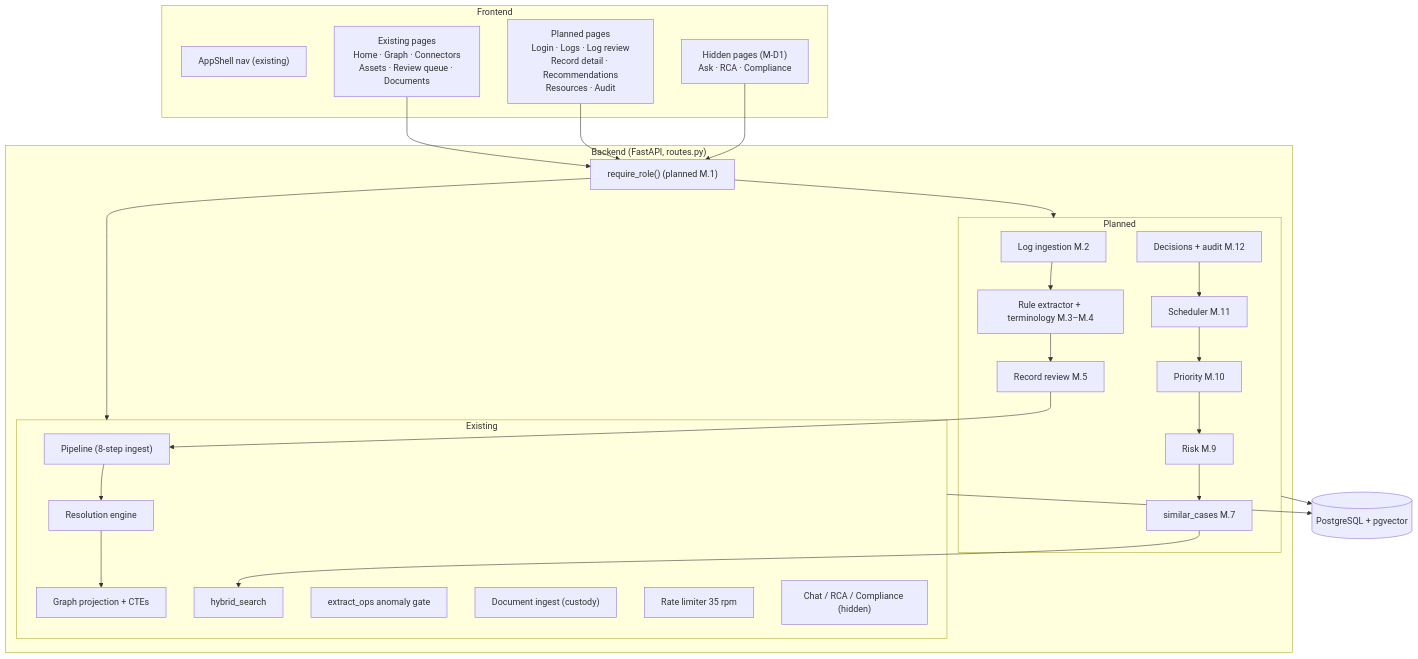
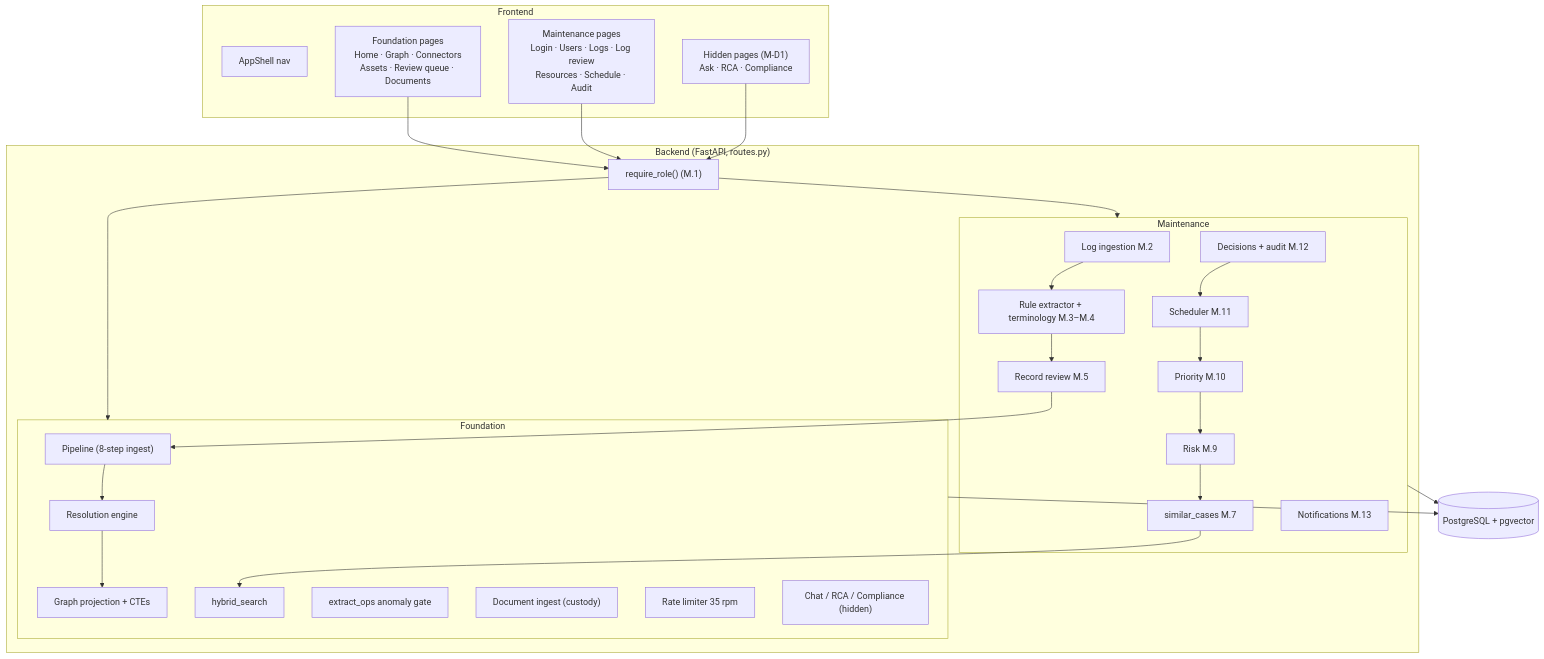
Before and after one commit to Kush-Saharan/atlogs: the second of 4 diagrams in docs/architecture.md, drawn with Mermaid. The commit also changed other lines of this file and 6 other files, not shown here.

Commit message:
test: end-to-end spec §6 P-104 flow; docs and README match the code (M.14)

````diff
--- a/docs/architecture.md
+++ b/docs/architecture.md
@@ -55,50 +55,51 @@
 ```mermaid
 flowchart TB
     subgraph FE ["Frontend"]
-        Shell["AppShell nav (existing)"]
-        PagesE["Existing pages<br/>Home · Graph · Connectors<br/>Assets · Review queue · Documents"]
-        PagesP["Planned pages<br/>Login · Logs · Log review<br/>Record detail · Recommendations<br/>Resources · Audit"]
+        Shell["AppShell nav"]
+        PagesE["Foundation pages<br/>Home · Graph · Connectors<br/>Assets · Review queue · Documents"]
+        PagesP["Maintenance pages<br/>Login · Users · Logs · Log review<br/>Resources · Schedule · Audit"]
         Hidden["Hidden pages (M-D1)<br/>Ask · RCA · Compliance"]
     end
 
     subgraph BE ["Backend (FastAPI, routes.py)"]
-        Auth["require_role() (planned M.1)"]
-        subgraph Existing
+        Auth["require_role() (M.1)"]
+        subgraph Foundation
             Pipeline["Pipeline (8-step ingest)"]
             Resolution["Resolution engine"]
             Graph["Graph projection + CTEs"]
             Retrieval["hybrid_search"]
             ExtractOps["extract_ops anomaly gate"]
             DocIngest["Document ingest (custody)"]
             Rate["Rate limiter 35 rpm"]
             Wf["Chat / RCA / Compliance (hidden)"]
         end
-        subgraph Planned
+        subgraph Maintenance
             Logs["Log ingestion M.2"]
             Extract["Rule extractor + terminology M.3–M.4"]
             Review["Record review M.5"]
             Similar["similar_cases M.7"]
             Risk["Risk M.9"]
             Priority["Priority M.10"]
             Sched["Scheduler M.11"]
             Decide["Decisions + audit M.12"]
+            Notify["Notifications M.13"]
         end
     end
 
     DB[("PostgreSQL + pgvector")]
 
     PagesE --> Auth
     PagesP --> Auth
     Hidden --> Auth
-    Auth --> Existing
-    Auth --> Planned
+    Auth --> Foundation
+    Auth --> Maintenance
     Logs --> Extract --> Review --> Pipeline
     Pipeline --> Resolution --> Graph
     Similar --> Retrieval
     Risk --> Similar
     Priority --> Risk
     Sched --> Priority
     Decide --> Sched
-    Existing --> DB
-    Planned --> DB
+    Foundation --> DB
+    Maintenance --> DB
 ```
````
